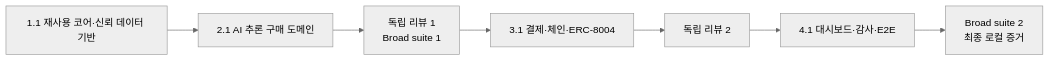
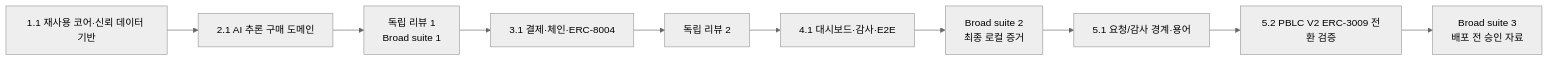
Before and after one commit to codenameVien/ai-agent-payment-audit: the diagram in aidlc-docs/inception/tasks.md, drawn with Mermaid (neutral theme). The commit also changed other lines of this file and 58 other files, not shown here.

````diff
--- a/aidlc-docs/inception/tasks.md
+++ b/aidlc-docs/inception/tasks.md
@@ -31,9 +33,12 @@
 ```mermaid
 flowchart LR
   P1["1.1 재사용 코어·신뢰 데이터 기반"] --> P2["2.1 AI 추론 구매 도메인"]
   P2 --> R1["독립 리뷰 1<br/>Broad suite 1"]
   R1 --> P3["3.1 결제·체인·ERC-8004"]
   P3 --> R2["독립 리뷰 2"]
   R2 --> P4["4.1 대시보드·감사·E2E"]
   P4 --> B2["Broad suite 2<br/>최종 로컬 증거"]
+  B2 --> P5["5.1 요청/감사 경계·용어"]
+  P5 --> P6["5.2 PBLC V2 ERC-3009 전환 검증"]
+  P6 --> B3["Broad suite 3<br/>배포 전 승인 자료"]
 ```
````
